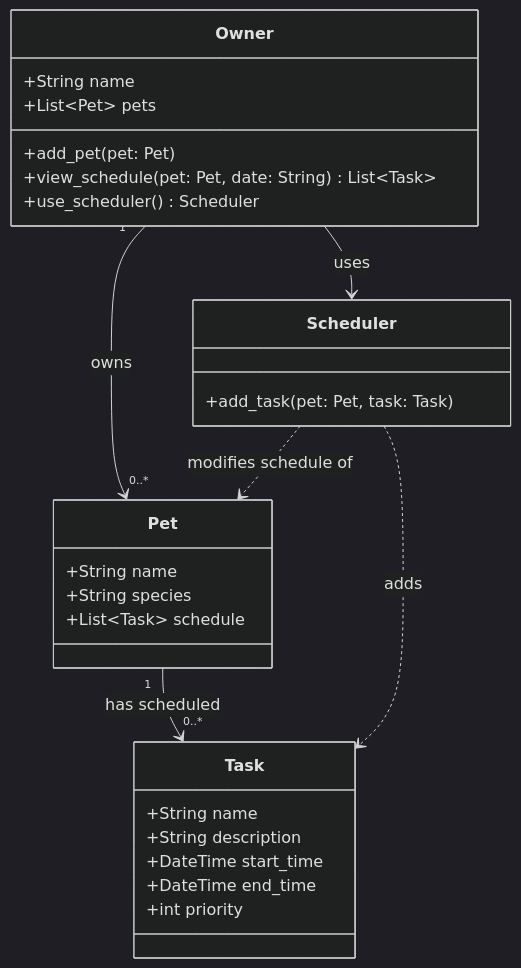
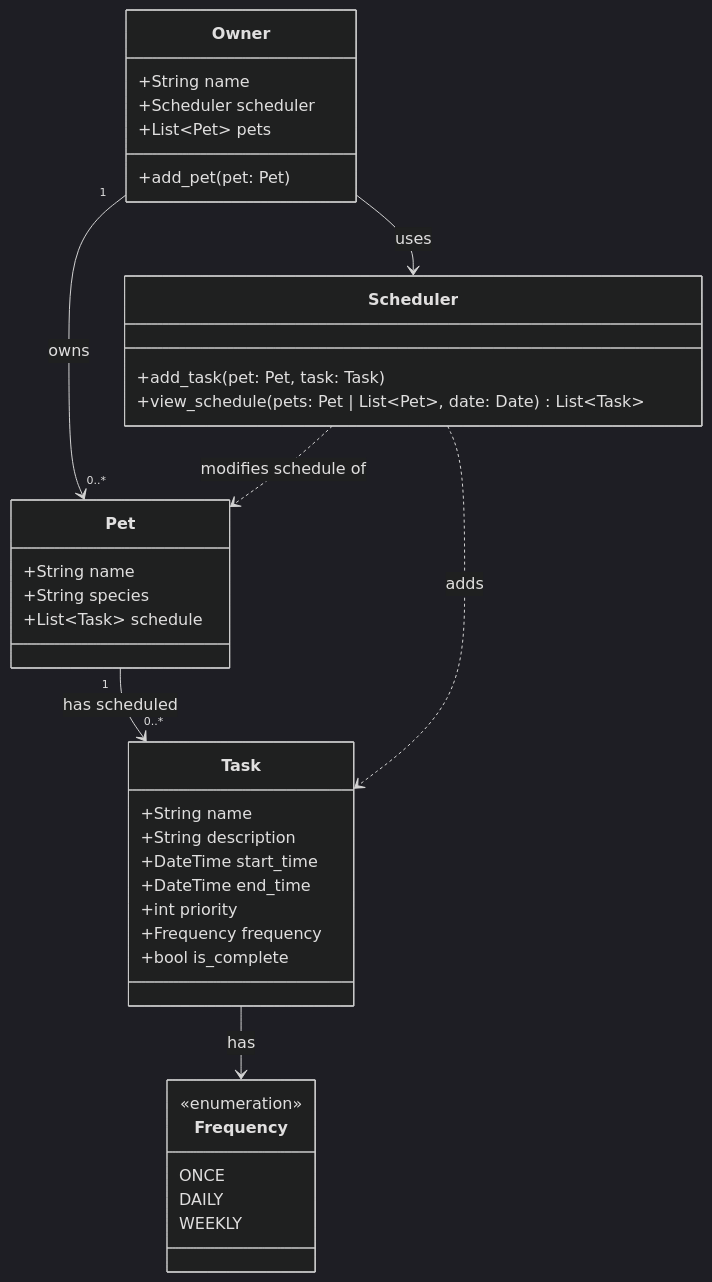
Before and after one commit to dennisdzhidzhora22/ai110-module2show-pawpal-starter: the diagram in class_diagram.md, drawn with Mermaid (dark theme). The commit also changed 4 other files, not shown here.

````diff
--- a/class_diagram.md
+++ b/class_diagram.md
@@ -3,34 +3,44 @@
 ```mermaid
 classDiagram
     class Owner {
         +String name
+        +Scheduler scheduler
         +List~Pet~ pets
         +add_pet(pet: Pet)
-        +view_schedule(pet: Pet, date: String) List~Task~
-        +use_scheduler() Scheduler
     }
 
     class Pet {
         +String name
         +String species
         +List~Task~ schedule
     }
 
     class Task {
         +String name
         +String description
         +DateTime start_time
         +DateTime end_time
         +int priority
+        +Frequency frequency
+        +bool is_complete
+    }
+
+    class Frequency {
+        <<enumeration>>
+        ONCE
+        DAILY
+        WEEKLY
     }
 
     class Scheduler {
         +add_task(pet: Pet, task: Task)
+        +view_schedule(pets: Pet | List~Pet~, date: Date) List~Task~
     }
 
     Owner "1" --> "0..*" Pet : owns
     Owner --> Scheduler : uses
     Pet "1" --> "0..*" Task : has scheduled
     Scheduler ..> Pet : modifies schedule of
     Scheduler ..> Task : adds
+    Task --> Frequency : has
 ```
````
